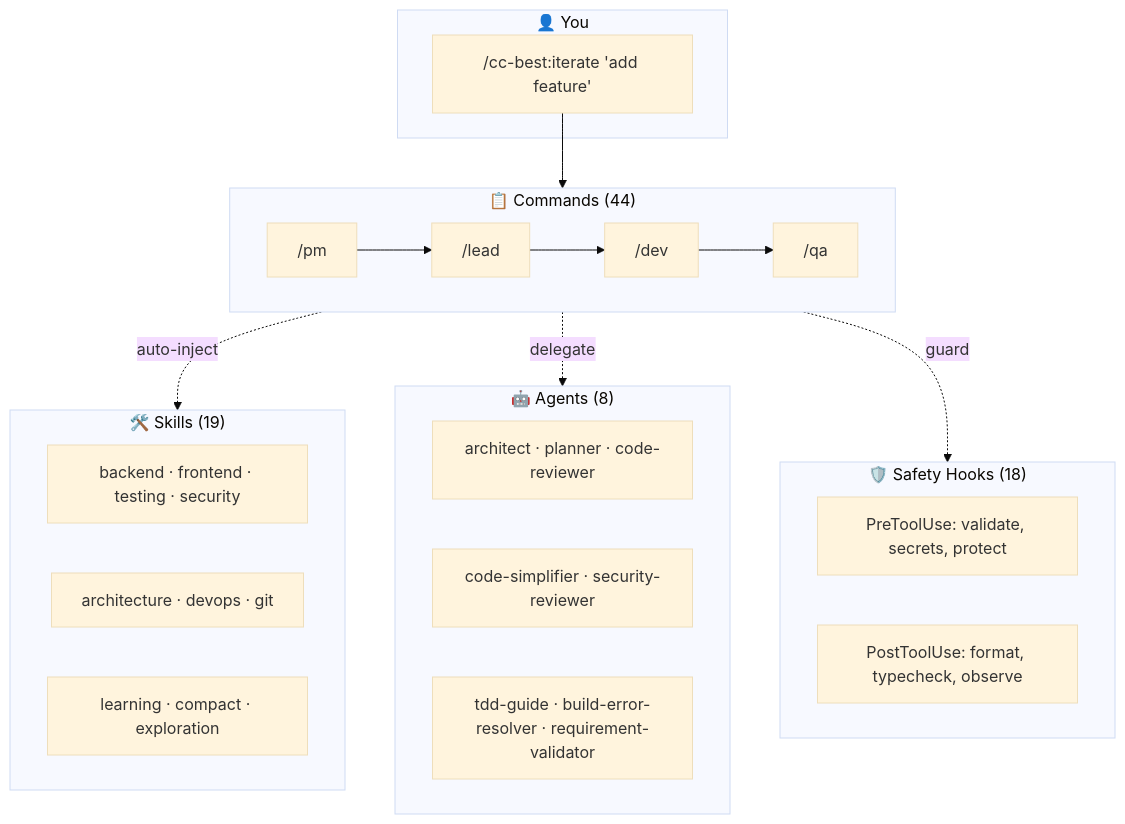
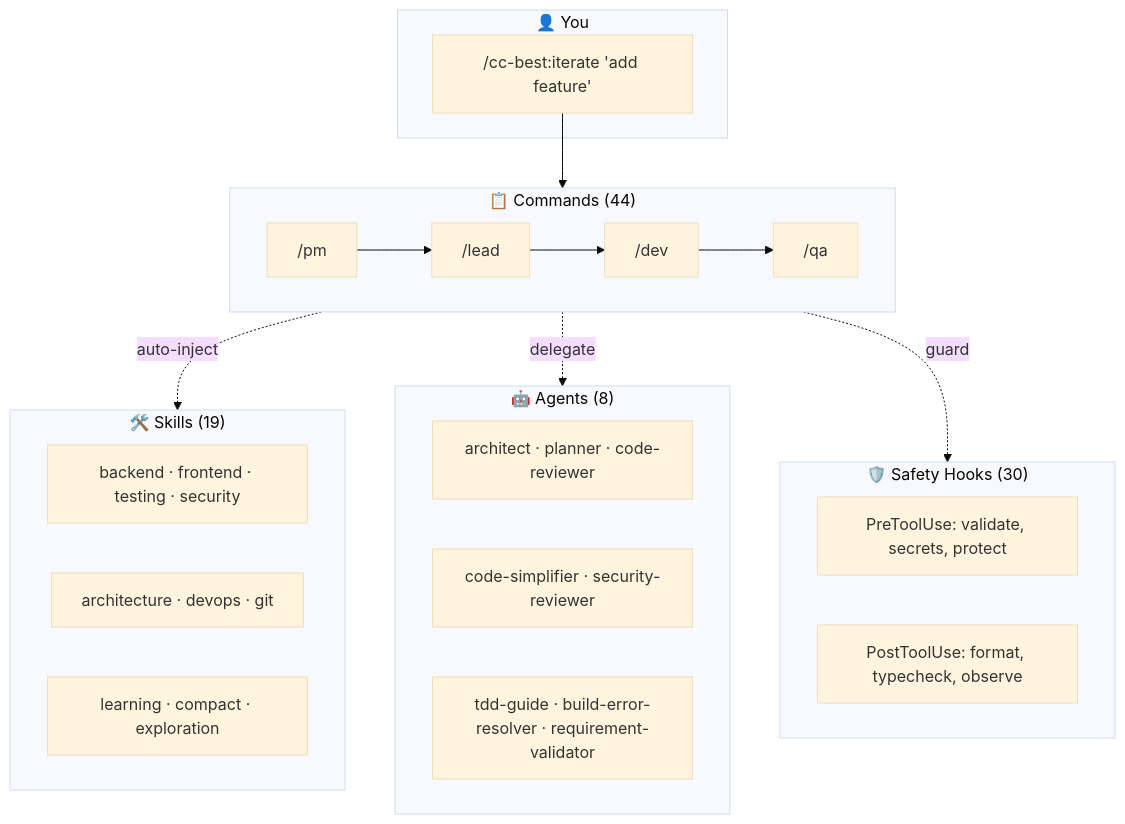
One commit to xiaobei930/claude-code-best-practices changed the second of 2 diagrams in README.md. Above: the diagram before and after it, drawn with Mermaid (base theme). The commit also changed 4 other files, not shown here.

````diff
--- a/README.md
+++ b/README.md
@@ -347,32 +347,32 @@
 ```mermaid
 flowchart TB
     subgraph User["👤 You"]
         CMD["/cc-best:iterate 'add feature'"]
     end
 
     subgraph Commands["📋 Commands (44)"]
         PM["/pm"] --> Lead["/lead"] --> Dev["/dev"] --> QA["/qa"]
     end
 
     subgraph Skills["🛠️ Skills (19)"]
         S1["backend · frontend · testing · security"]
         S2["architecture · devops · git"]
         S3["learning · compact · exploration"]
     end
 
     subgraph Agents["🤖 Agents (8)"]
         A1["architect · planner · code-reviewer"]
         A2["code-simplifier · security-reviewer"]
         A3["tdd-guide · build-error-resolver · requirement-validator"]
     end
 
-    subgraph Safety["🛡️ Safety Hooks (18)"]
+    subgraph Safety["🛡️ Safety Hooks (30)"]
         H1["PreToolUse: validate, secrets, protect"]
         H2["PostToolUse: format, typecheck, observe"]
     end
 
     CMD --> Commands
     Commands -.->|"auto-inject"| Skills
     Commands -.->|"delegate"| Agents
     Commands -.->|"guard"| Safety
 ```
````
